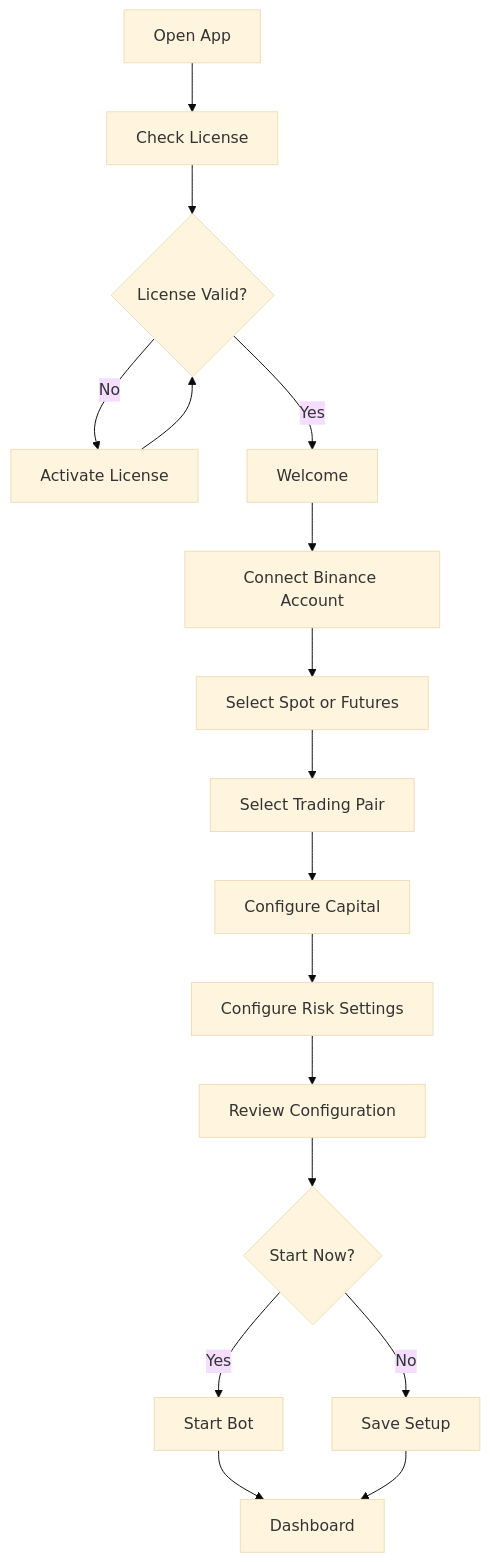
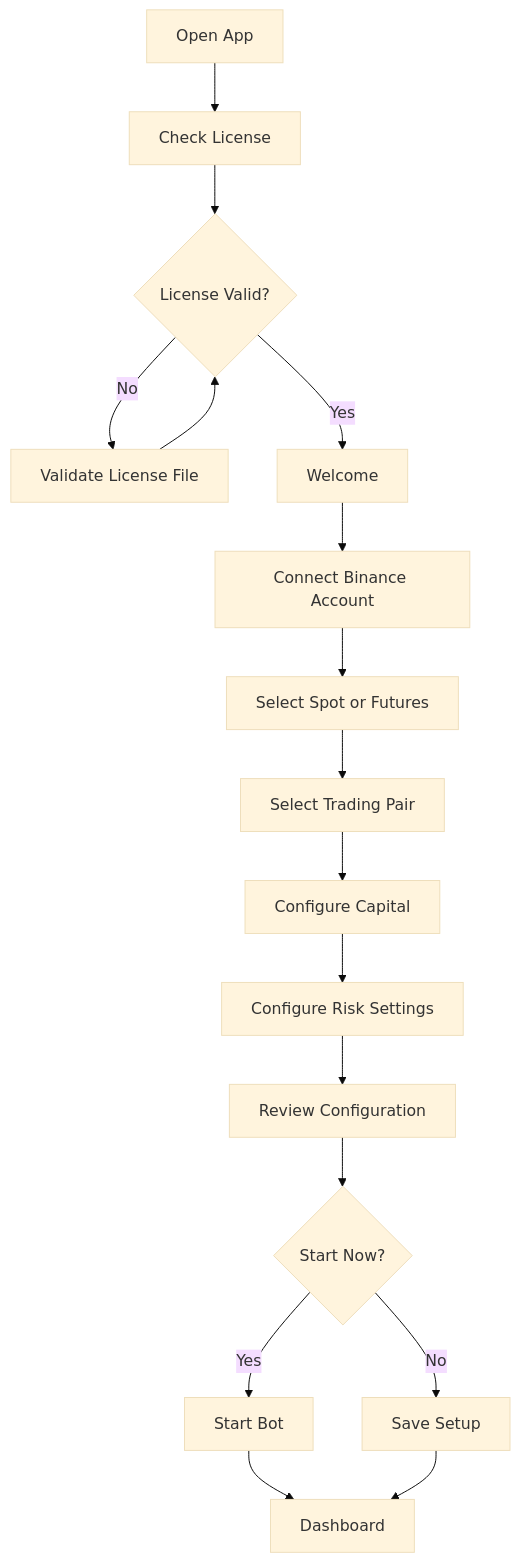
The second of 25 diagrams in docs/user-flow.md (yukasung/tiewtrade), drawn with Mermaid (base theme) before and after one commit. The commit also changed other lines of this file and 5 other files, not shown here.

Commit message:
Align architecture documentation decisions

````diff
--- a/docs/user-flow.md
+++ b/docs/user-flow.md
@@ -154,19 +154,19 @@
 ```mermaid
 flowchart TD
     A["Open App"] --> B["Check License"]
     B --> C{"License Valid?"}
-    C -- "No" --> D["Activate License"]
+    C -- "No" --> D["Validate License File"]
     D --> C
     C -- "Yes" --> E["Welcome"]
     E --> F["Connect Binance Account"]
     F --> G["Select Spot or Futures"]
     G --> H["Select Trading Pair"]
     H --> I["Configure Capital"]
     I --> J["Configure Risk Settings"]
     J --> K["Review Configuration"]
     K --> L{"Start Now?"}
     L -- "Yes" --> M["Start Bot"]
     L -- "No" --> N["Save Setup"]
     M --> O["Dashboard"]
     N --> O
 ```
````
